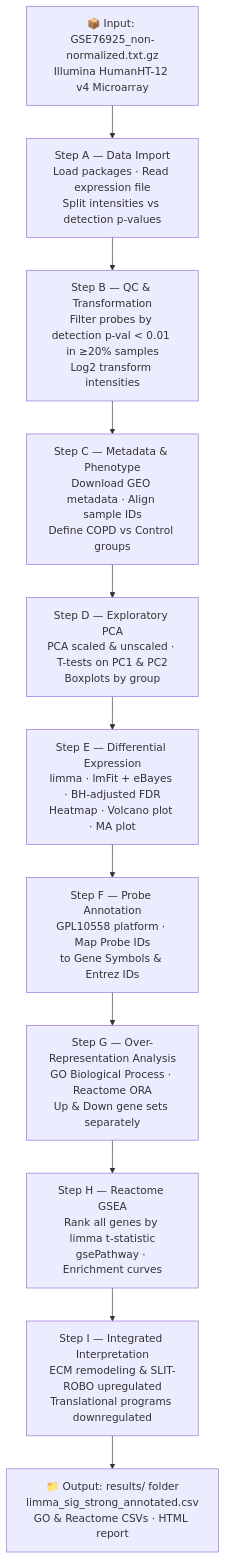
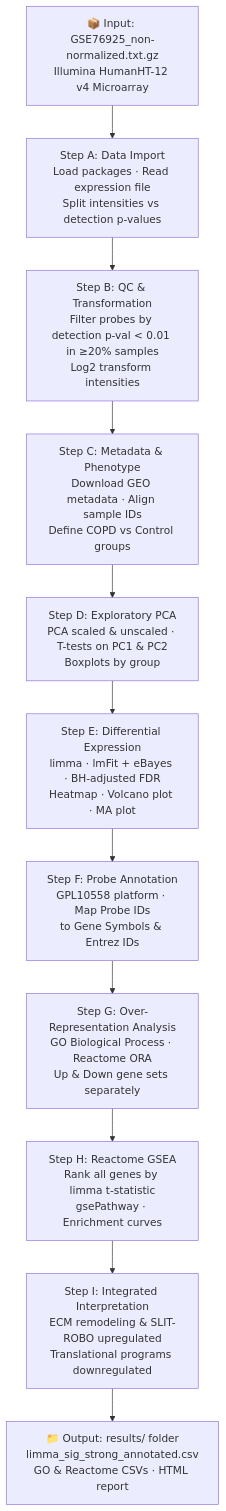
One commit to mayankgandhi13/Transcriptomics-Analysis-of-COPD-vs-Control-Lung-Tissue-GSE76925 changed the diagram in README.md. Above: the diagram before and after it, drawn with Mermaid. The commit also changed other lines of this file, not shown here.

````diff
--- a/README.md
+++ b/README.md
@@ -7,24 +7,24 @@
 ```mermaid
 flowchart TD
     A[📦 Input: GSE76925_non-normalized.txt.gz\nIllumina HumanHT-12 v4 Microarray] --> B
 
-    B[Step A — Data Import\nLoad packages · Read expression file\nSplit intensities vs detection p-values] --> C
+    B[Step A: Data Import\nLoad packages · Read expression file\nSplit intensities vs detection p-values] --> C
 
-    C[Step B — QC & Transformation\nFilter probes by detection p-val < 0.01 in ≥20% samples\nLog2 transform intensities] --> D
+    C[Step B: QC & Transformation\nFilter probes by detection p-val < 0.01 in ≥20% samples\nLog2 transform intensities] --> D
 
-    D[Step C — Metadata & Phenotype\nDownload GEO metadata · Align sample IDs\nDefine COPD vs Control groups] --> E
+    D[Step C: Metadata & Phenotype\nDownload GEO metadata · Align sample IDs\nDefine COPD vs Control groups] --> E
 
-    E[Step D — Exploratory PCA\nPCA scaled & unscaled · T-tests on PC1 & PC2\nBoxplots by group] --> F
+    E[Step D: Exploratory PCA\nPCA scaled & unscaled · T-tests on PC1 & PC2\nBoxplots by group] --> F
 
-    F[Step E — Differential Expression\nlimma · lmFit + eBayes · BH-adjusted FDR\nHeatmap · Volcano plot · MA plot] --> G
+    F[Step E: Differential Expression\nlimma · lmFit + eBayes · BH-adjusted FDR\nHeatmap · Volcano plot · MA plot] --> G
 
-    G[Step F — Probe Annotation\nGPL10558 platform · Map Probe IDs\nto Gene Symbols & Entrez IDs] --> H
+    G[Step F: Probe Annotation\nGPL10558 platform · Map Probe IDs\nto Gene Symbols & Entrez IDs] --> H
 
-    H[Step G — Over-Representation Analysis\nGO Biological Process · Reactome ORA\nUp & Down gene sets separately] --> I
+    H[Step G: Over-Representation Analysis\nGO Biological Process · Reactome ORA\nUp & Down gene sets separately] --> I
 
-    I[Step H — Reactome GSEA\nRank all genes by limma t-statistic\ngsePathway · Enrichment curves] --> J
+    I[Step H: Reactome GSEA\nRank all genes by limma t-statistic\ngsePathway · Enrichment curves] --> J
 
-    J[Step I — Integrated Interpretation\nECM remodeling & SLIT-ROBO upregulated\nTranslational programs downregulated] --> K
+    J[Step I: Integrated Interpretation\nECM remodeling & SLIT-ROBO upregulated\nTranslational programs downregulated] --> K
 
     K[📁 Output: results/ folder\nlimma_sig_strong_annotated.csv\nGO & Reactome CSVs · HTML report]
 ```
````
